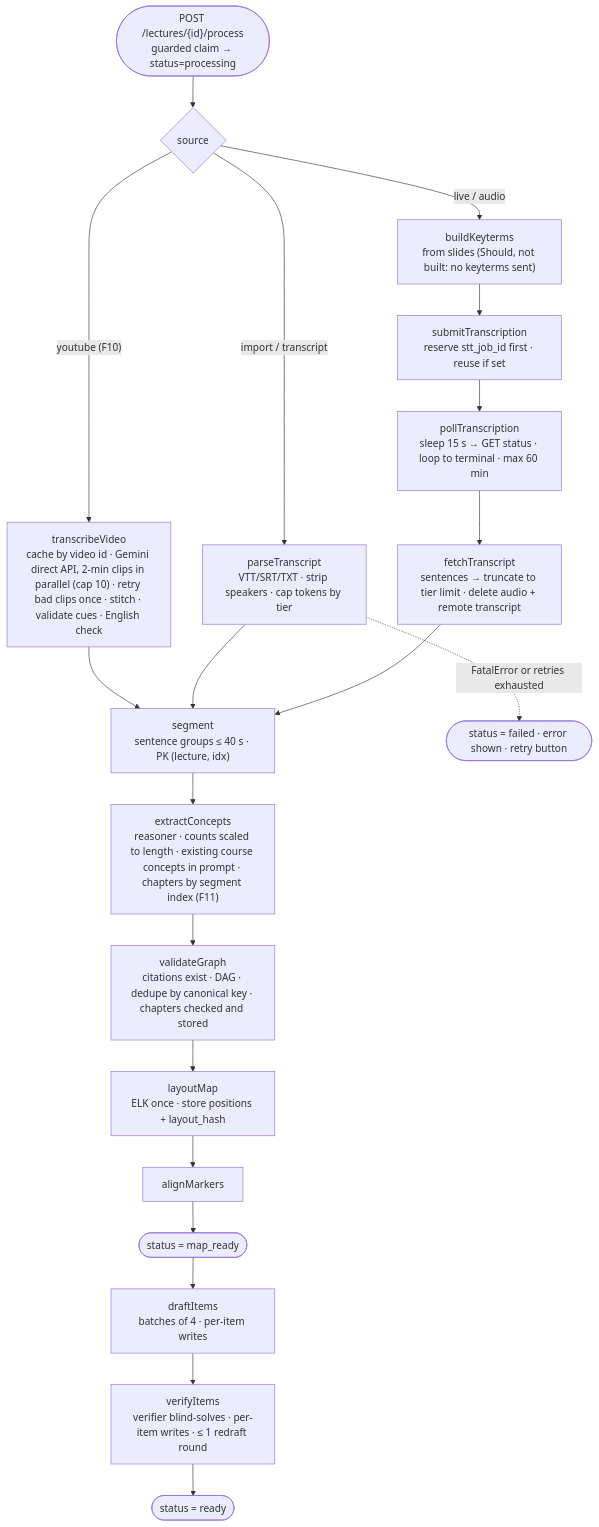
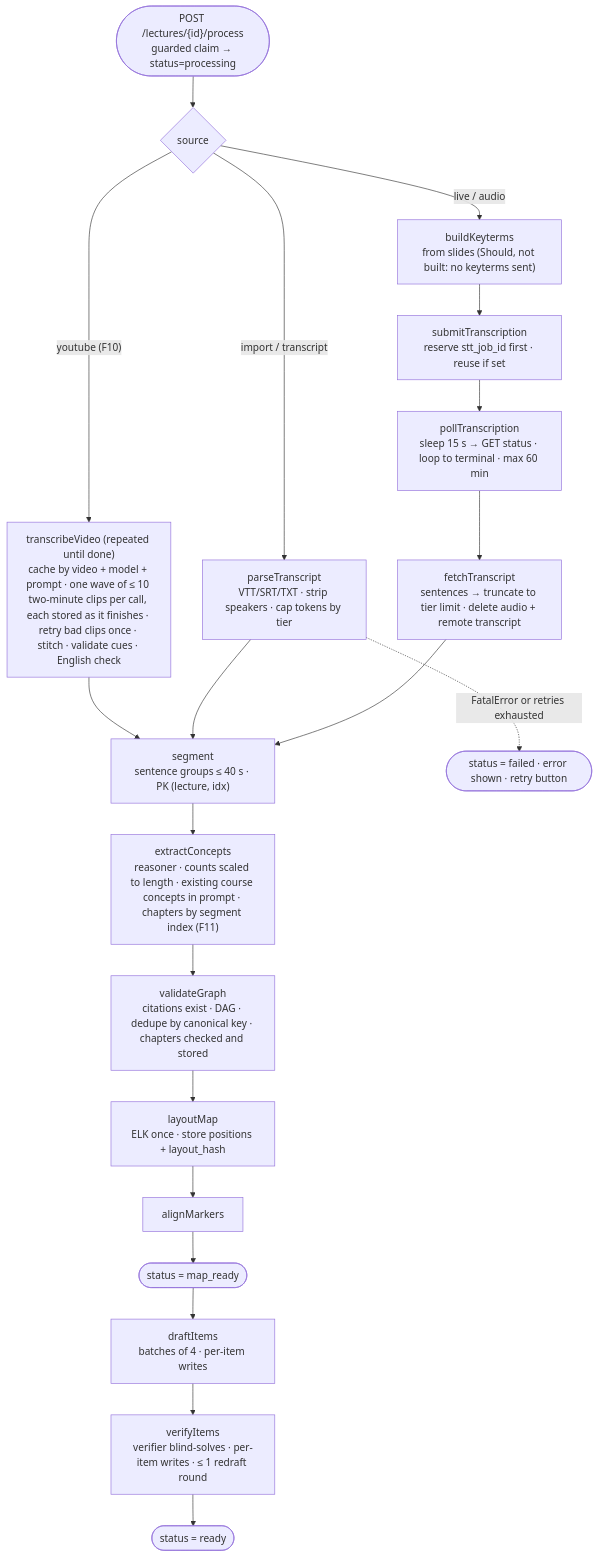
One commit to adamchok/Lectheo changed the fourth of 6 diagrams in docs/Lectheo Architecture.md. Above: the diagram before and after it, drawn with Mermaid. The commit also changed other lines of this file and 50 other files, not shown here.

````diff
--- a/docs/Lectheo Architecture.md
+++ b/docs/Lectheo Architecture.md
@@ -201,22 +201,22 @@
 ```mermaid
 flowchart TD
     start(["POST /lectures/{id}/process<br/>guarded claim → status=processing"]) --> src{"source"}
-    src -- "youtube (F10)" --> tv["transcribeVideo<br/>cache by video id · Gemini direct API, 2-min clips in parallel (cap 10) · retry bad clips once · stitch · validate cues · English check"]
+    src -- "youtube (F10)" --> tv["transcribeVideo (repeated until done)<br/>cache by video + model + prompt · one wave of ≤ 10 two-minute clips per call, each stored as it finishes · retry bad clips once · stitch · validate cues · English check"]
     tv --> seg
     src -- "import / transcript" --> pt["parseTranscript<br/>VTT/SRT/TXT · strip speakers · cap tokens by tier"]
     src -- "live / audio" --> kt["buildKeyterms<br/>from slides (Should, not built: no keyterms sent)"]
     kt --> sub["submitTranscription<br/>reserve stt_job_id first · reuse if set"]
     sub --> poll["pollTranscription<br/>sleep 15 s → GET status · loop to terminal · max 60 min"]
     poll --> fetch["fetchTranscript<br/>sentences → truncate to tier limit · delete audio + remote transcript"]
     pt --> seg["segment<br/>sentence groups ≤ 40 s · PK (lecture, idx)"]
     fetch --> seg
     seg --> ex["extractConcepts<br/>reasoner · counts scaled to length · existing course concepts in prompt · chapters by segment index (F11)"]
     ex --> vg["validateGraph<br/>citations exist · DAG · dedupe by canonical key · chapters checked and stored"]
     vg --> lay["layoutMap<br/>ELK once · store positions + layout_hash"]
     lay --> al["alignMarkers"]
     al --> mr(["status = map_ready"])
     mr --> dr["draftItems<br/>batches of 4 · per-item writes"]
     dr --> vf["verifyItems<br/>verifier blind-solves · per-item writes · ≤ 1 redraft round"]
     vf --> done(["status = ready"])
     pt -. "FatalError or retries exhausted" .-> fail(["status = failed · error shown · retry button"])
 ```
````
